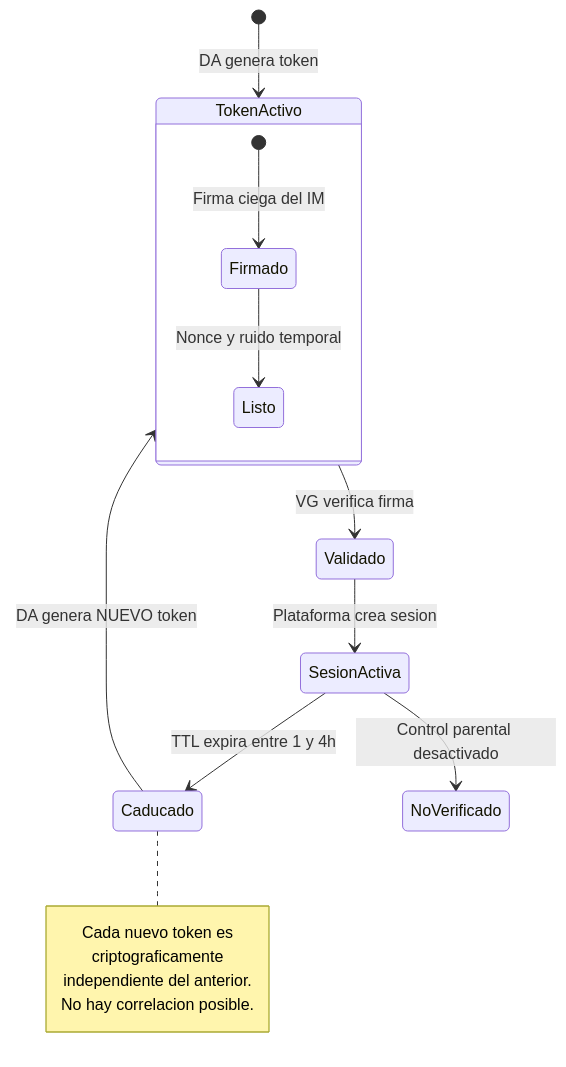
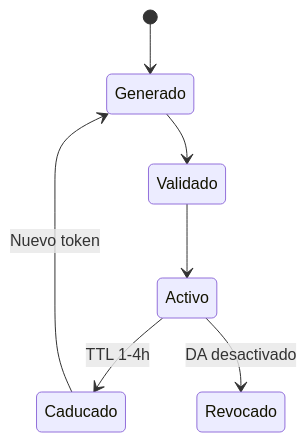
The fifth of 13 diagrams in README.md (jorgej-ramos/AAVP), drawn with Mermaid before and after one commit. The commit also changed other lines of this file, not shown here.

First line of the commit message:
Refactor README structure and update diagrams

````diff
--- a/README.md
+++ b/README.md
@@ -268,21 +220,9 @@
 ```mermaid
 stateDiagram-v2
-    [*] --> TokenActivo : DA genera token
-    TokenActivo --> Validado : VG verifica firma
-    Validado --> SesionActiva : Plataforma crea sesion
-    SesionActiva --> Caducado : TTL expira entre 1 y 4h
-    Caducado --> TokenActivo : DA genera NUEVO token
-    SesionActiva --> NoVerificado : Control parental desactivado
-
-    state TokenActivo {
-        [*] --> Firmado : Firma ciega del IM
-        Firmado --> Listo : Nonce y ruido temporal
-    }
-
-    note right of Caducado
-        Cada nuevo token es
-        criptograficamente
-        independiente del anterior.
-        No hay correlacion posible.
-    end note
+    [*] --> Generado
+    Generado --> Validado
+    Validado --> Activo
+    Activo --> Caducado : TTL 1-4h
+    Caducado --> Generado : Nuevo token
+    Activo --> Revocado : DA desactivado
 ```
````
